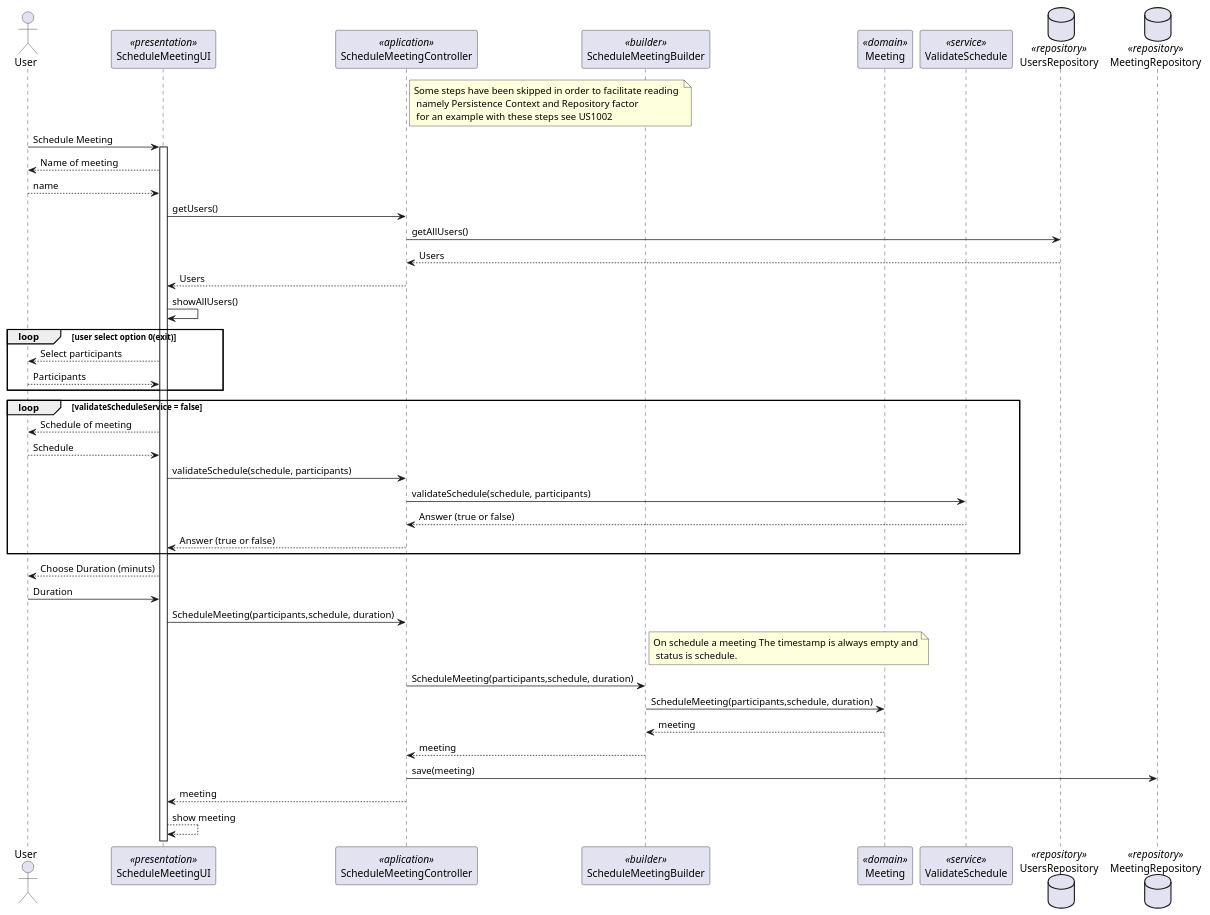
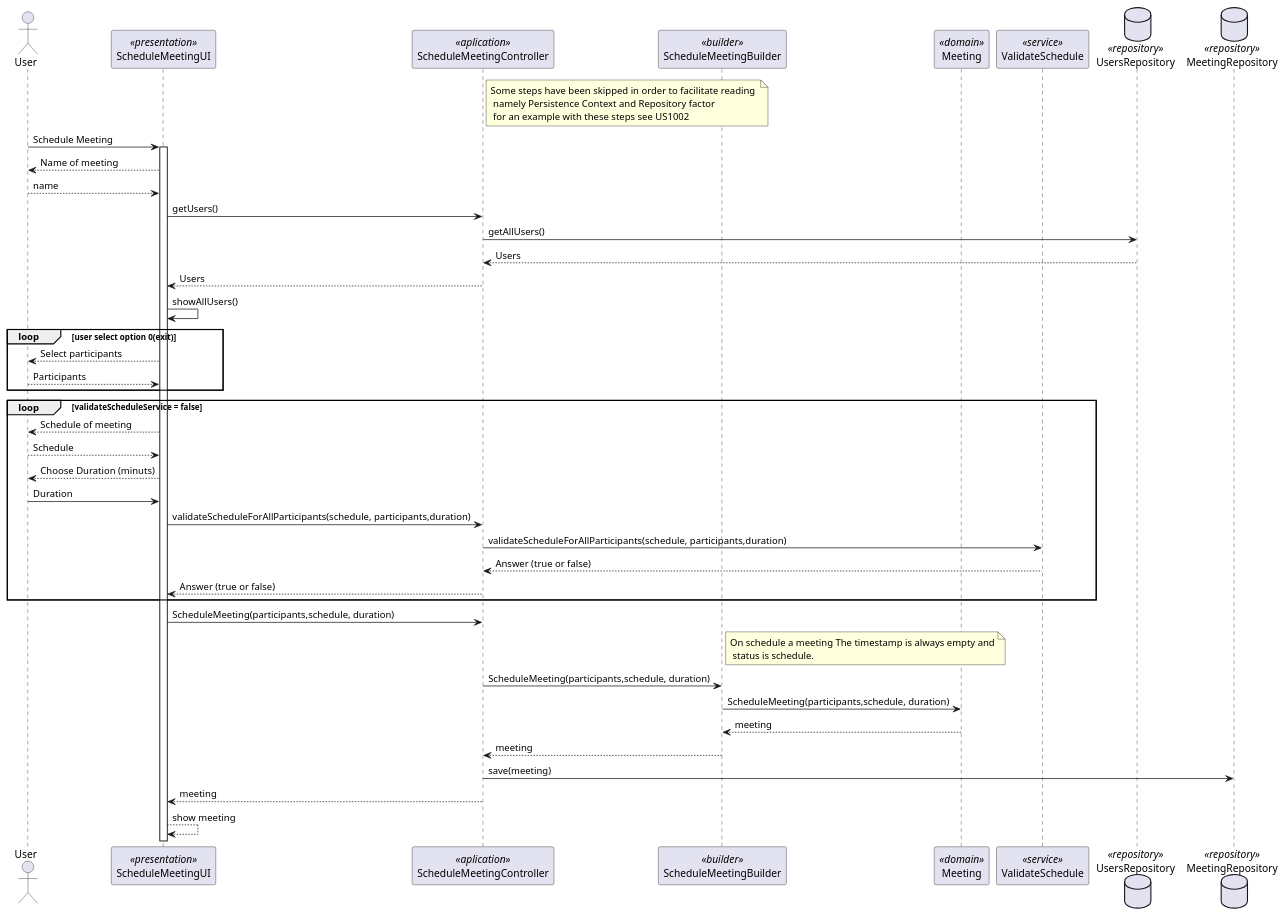
Before and after one commit to mascenso/isep-sem4-lapr4: the diagram in docs/SPRINT B/US4001 - Schedule a meeting/SD-4001.puml, drawn with PlantUML. The commit also changed 20 other files, not shown here.

```diff
--- a/docs/SPRINT B/US4001 - Schedule a meeting/SD-4001.puml
+++ b/docs/SPRINT B/US4001 - Schedule a meeting/SD-4001.puml
@@ -1,51 +1,50 @@
 @startuml
 actor User as Actor
 participant ScheduleMeetingUI as UI <<presentation>>
 participant ScheduleMeetingController as Controller <<aplication>>
 participant ScheduleMeetingBuilder as Builder <<builder>>
 participant Meeting as Domain <<domain>>
 participant ValidateSchedule as Service <<service>>
 database UsersRepository as UsersRepository <<repository>>
 database MeetingRepository as MeetingRepository <<repository>>
 
 note right of Controller:Some steps have been skipped in order to facilitate reading \n namely Persistence Context and Repository factor \n for an example with these steps see US1002
 Actor -> UI: Schedule Meeting
 activate UI
     UI --> Actor: Name of meeting
     Actor --> UI: name
     UI -> Controller: getUsers()
     Controller -> UsersRepository: getAllUsers()
     UsersRepository --> Controller: Users
     Controller --> UI: Users
     UI -> UI: showAllUsers()
     loop user select option 0(exit)
         UI --> Actor: Select participants
         Actor --> UI: Participants
     end
 
 
     loop validateScheduleService = false
         UI --> Actor: Schedule of meeting
         Actor --> UI: Schedule
-        UI -> Controller: validateSchedule(schedule, participants)
-        Controller -> Service: validateSchedule(schedule, participants)
+        UI --> Actor: Choose Duration (minuts)
+        Actor -> UI: Duration
+        UI -> Controller: validateScheduleForAllParticipants(schedule, participants,duration)
+        Controller -> Service: validateScheduleForAllParticipants(schedule, participants,duration)
         Service --> Controller: Answer (true or false)
         Controller --> UI: Answer (true or false)
     end
-
-    UI --> Actor: Choose Duration (minuts)
-    Actor -> UI: Duration
     UI -> Controller: ScheduleMeeting(participants,schedule, duration)
     note right of Builder: On schedule a meeting The timestamp is always empty and\n status is schedule.
     Controller -> Builder:ScheduleMeeting(participants,schedule, duration)
     Builder -> Domain: ScheduleMeeting(participants,schedule, duration)
     Domain --> Builder: meeting
     Builder --> Controller: meeting
     Controller -> MeetingRepository: save(meeting)
     Controller --> UI: meeting
     UI --> UI: show meeting
 
 
 
 
 @enduml
```
